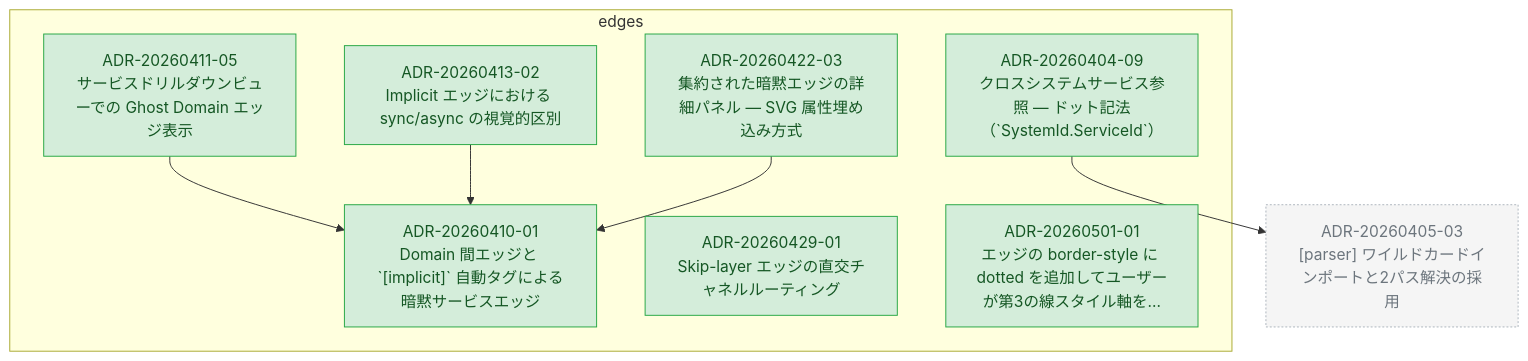
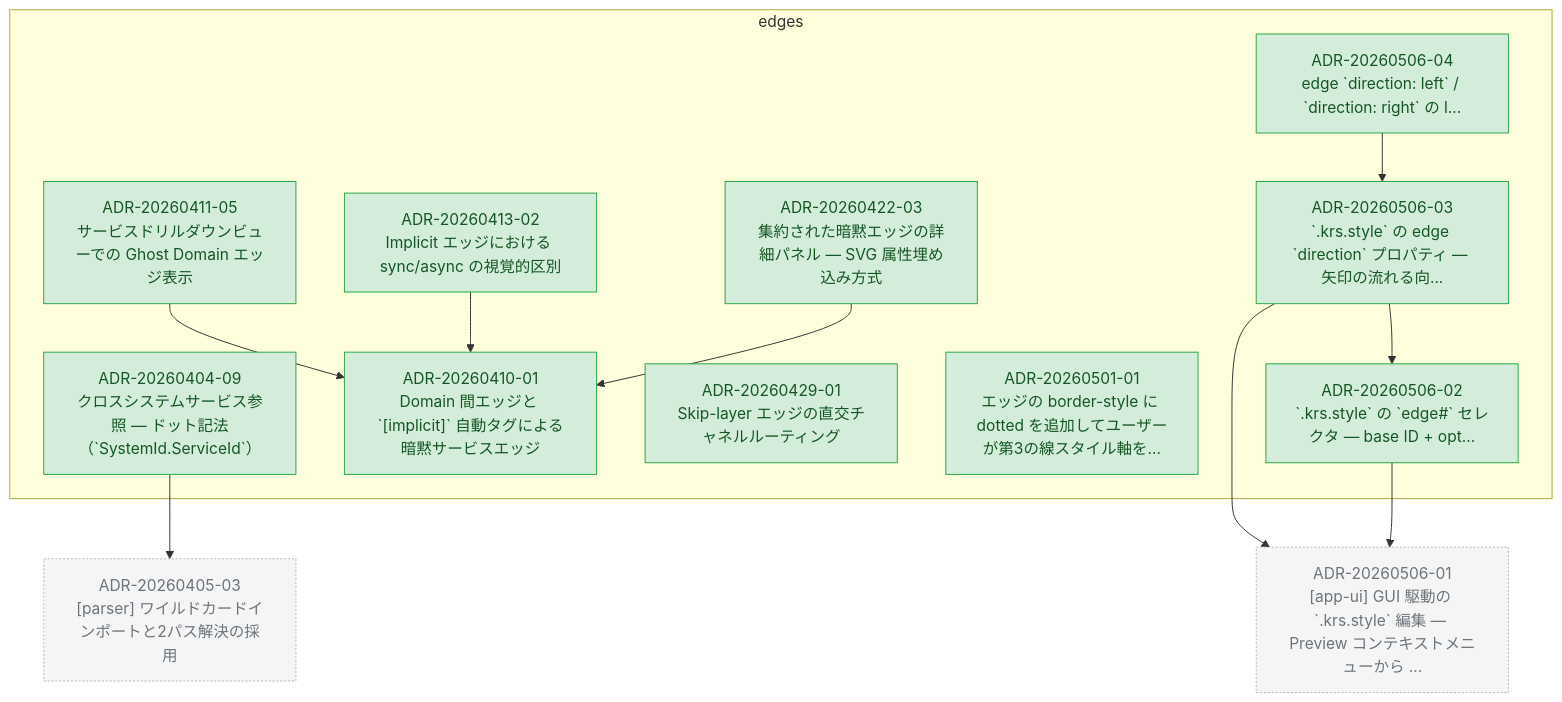
One commit to kompiro/karasu changed the diagram in docs/adr/graph/edges.md. Above: the diagram before and after it, drawn with Mermaid. The commit also changed other lines of this file and 12 other files, not shown here.

First line of the commit message:
docs(adr): promote GUI-driven style editing design docs to ADR-20260506-{01..04}

````diff
--- a/docs/adr/graph/edges.md
+++ b/docs/adr/graph/edges.md
@@ -6,32 +6,44 @@
 ```mermaid
 flowchart TD
   subgraph edges["edges"]
     ADR_20260404_09["ADR-20260404-09<br/>クロスシステムサービス参照 — ドット記法（`SystemId.ServiceId`）"]
     ADR_20260410_01["ADR-20260410-01<br/>Domain 間エッジと `[implicit]` 自動タグによる暗黙サービスエッジ"]
     ADR_20260411_05["ADR-20260411-05<br/>サービスドリルダウンビューでの Ghost Domain エッジ表示"]
     ADR_20260413_02["ADR-20260413-02<br/>Implicit エッジにおける sync/async の視覚的区別"]
     ADR_20260422_03["ADR-20260422-03<br/>集約された暗黙エッジの詳細パネル — SVG 属性埋め込み方式"]
     ADR_20260429_01["ADR-20260429-01<br/>Skip-layer エッジの直交チャネルルーティング"]
     ADR_20260501_01["ADR-20260501-01<br/>エッジの border-style に dotted を追加してユーザーが第3の線スタイル軸を..."]
+    ADR_20260506_02["ADR-20260506-02<br/>`.krs.style` の `edge#<id>` セレクタ — base ID + opt..."]
+    ADR_20260506_03["ADR-20260506-03<br/>`.krs.style` の edge `direction` プロパティ — 矢印の流れる向..."]
+    ADR_20260506_04["ADR-20260506-04<br/>edge `direction: left` / `direction: right` の l..."]
   end
   ADR_20260405_03["ADR-20260405-03<br/>[parser] ワイルドカードインポートと2パス解決の採用"]
+  ADR_20260506_01["ADR-20260506-01<br/>[app-ui] GUI 駆動の `.krs.style` 編集 — Preview コンテキストメニューから ..."]
   ADR_20260404_09 --> ADR_20260405_03
   ADR_20260411_05 --> ADR_20260410_01
   ADR_20260413_02 --> ADR_20260410_01
   ADR_20260422_03 --> ADR_20260410_01
+  ADR_20260506_02 --> ADR_20260506_01
+  ADR_20260506_03 --> ADR_20260506_01
+  ADR_20260506_03 --> ADR_20260506_02
+  ADR_20260506_04 --> ADR_20260506_03
 
   classDef accepted fill:#d4edda,stroke:#28a745,color:#155724
   classDef proposed fill:#fff3cd,stroke:#ffc107,color:#856404
   classDef deprecated fill:#f8d7da,stroke:#dc3545,color:#721c24
   classDef superseded fill:#e2e3e5,stroke:#6c757d,color:#383d41
   classDef not_adopted fill:#e2e3e5,stroke:#6c757d,color:#383d41,stroke-dasharray:3 3
   classDef ghost fill:#f5f5f5,stroke:#adb5bd,color:#6c757d,stroke-dasharray:2 2
   class ADR_20260404_09 accepted
   class ADR_20260410_01 accepted
   class ADR_20260411_05 accepted
   class ADR_20260413_02 accepted
   class ADR_20260422_03 accepted
   class ADR_20260429_01 accepted
   class ADR_20260501_01 accepted
+  class ADR_20260506_02 accepted
+  class ADR_20260506_03 accepted
+  class ADR_20260506_04 accepted
   class ADR_20260405_03 ghost
+  class ADR_20260506_01 ghost
 ```
````
